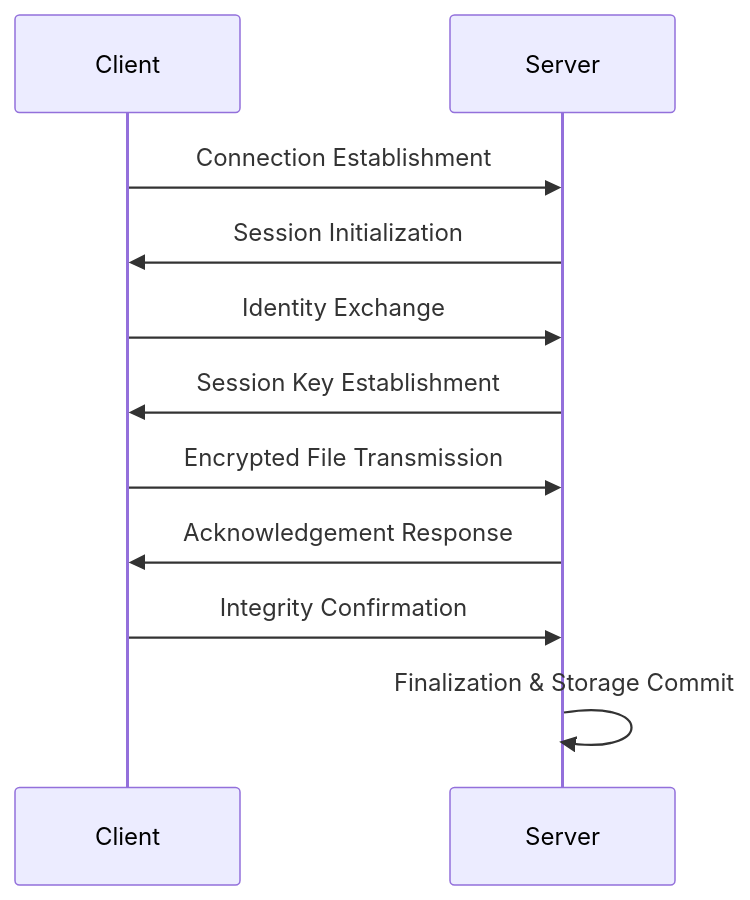
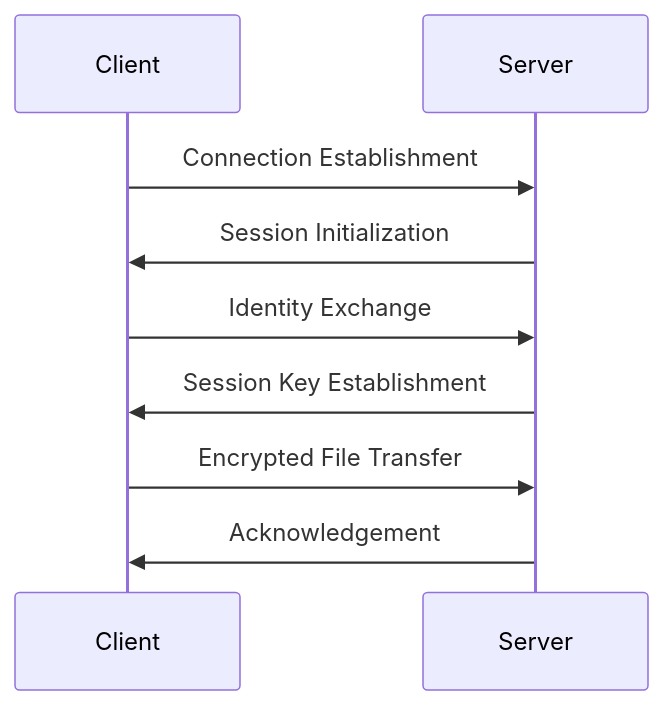
One commit to noy-daya/defensive-client-server-protocol-overview changed the fourth of 7 diagrams in README.md. Above: the diagram before and after it, drawn with Mermaid. The commit also changed other lines of this file, not shown here.

````diff
--- a/README.md
+++ b/README.md
@@ -176,17 +210,12 @@
 ```mermaid
 sequenceDiagram
 participant C as Client
 participant S as Server
 
 C->>S: Connection Establishment
 S->>C: Session Initialization
-
 C->>S: Identity Exchange
 S->>C: Session Key Establishment
-
-C->>S: Encrypted File Transmission
-S->>C: Acknowledgement Response
-
-C->>S: Integrity Confirmation
-S->>S: Finalization & Storage Commit
+C->>S: Encrypted File Transfer
+S->>C: Acknowledgement
 ```
````
